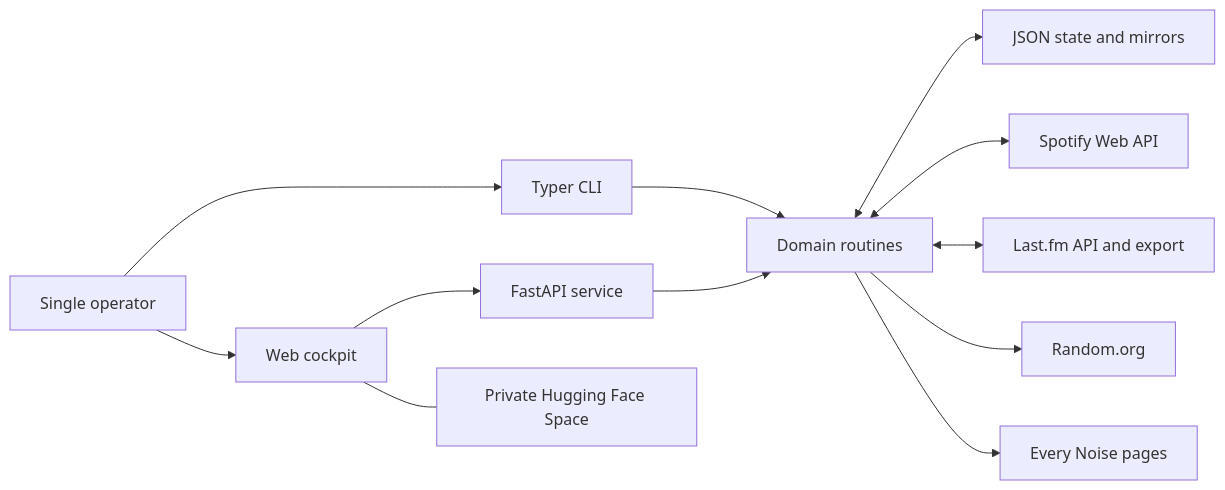
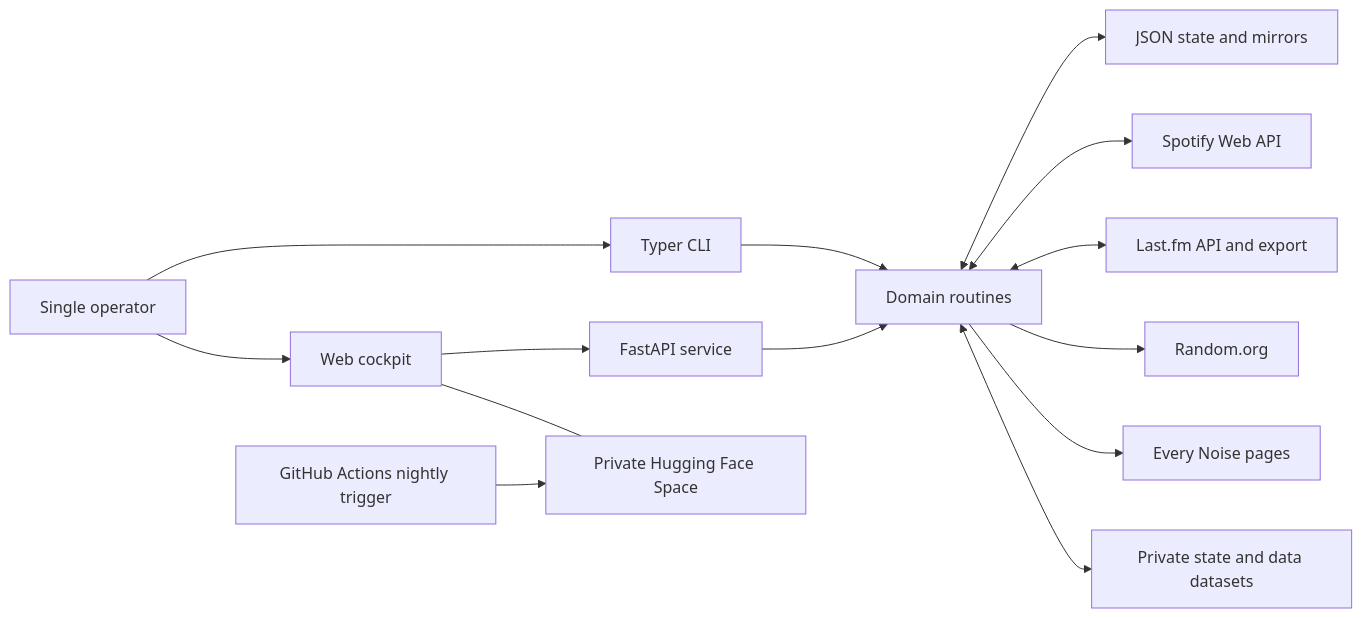
Before and after one commit to cyborg-nomade/spotify-manager: the first of 3 diagrams in docs/ARCHITECTURE.md, drawn with Mermaid. The commit also changed other lines of this file and 39 other files, not shown here.

Commit message:
Persist library data and schedule nightly refreshes

````diff
--- a/docs/ARCHITECTURE.md
+++ b/docs/ARCHITECTURE.md
@@ -23,26 +24,30 @@
 ```mermaid
 flowchart LR
     User["Single operator"]
     CLI["Typer CLI"]
     Web["Web cockpit"]
     API["FastAPI service"]
     Routines["Domain routines"]
     Files["JSON state and mirrors"]
     Spotify["Spotify Web API"]
     LastFM["Last.fm API and export"]
     Random["Random.org"]
     EveryNoise["Every Noise pages"]
     HF["Private Hugging Face Space"]
+    HubData["Private state and data datasets"]
+    Actions["GitHub Actions nightly trigger"]
 
     User --> CLI
     User --> Web
     Web --> API
     CLI --> Routines
     API --> Routines
     Routines <--> Files
     Routines <--> Spotify
     Routines <--> LastFM
     Routines --> Random
     Routines --> EveryNoise
     Web --- HF
+    Actions --> HF
+    Routines <--> HubData
 ```
````
